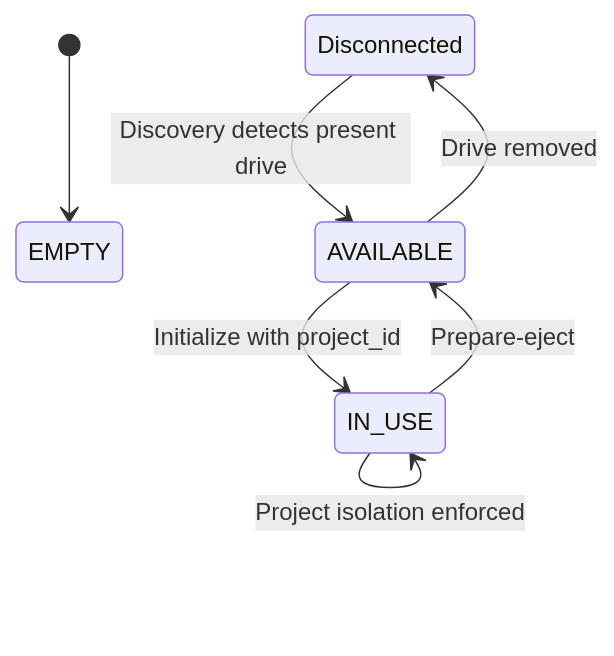
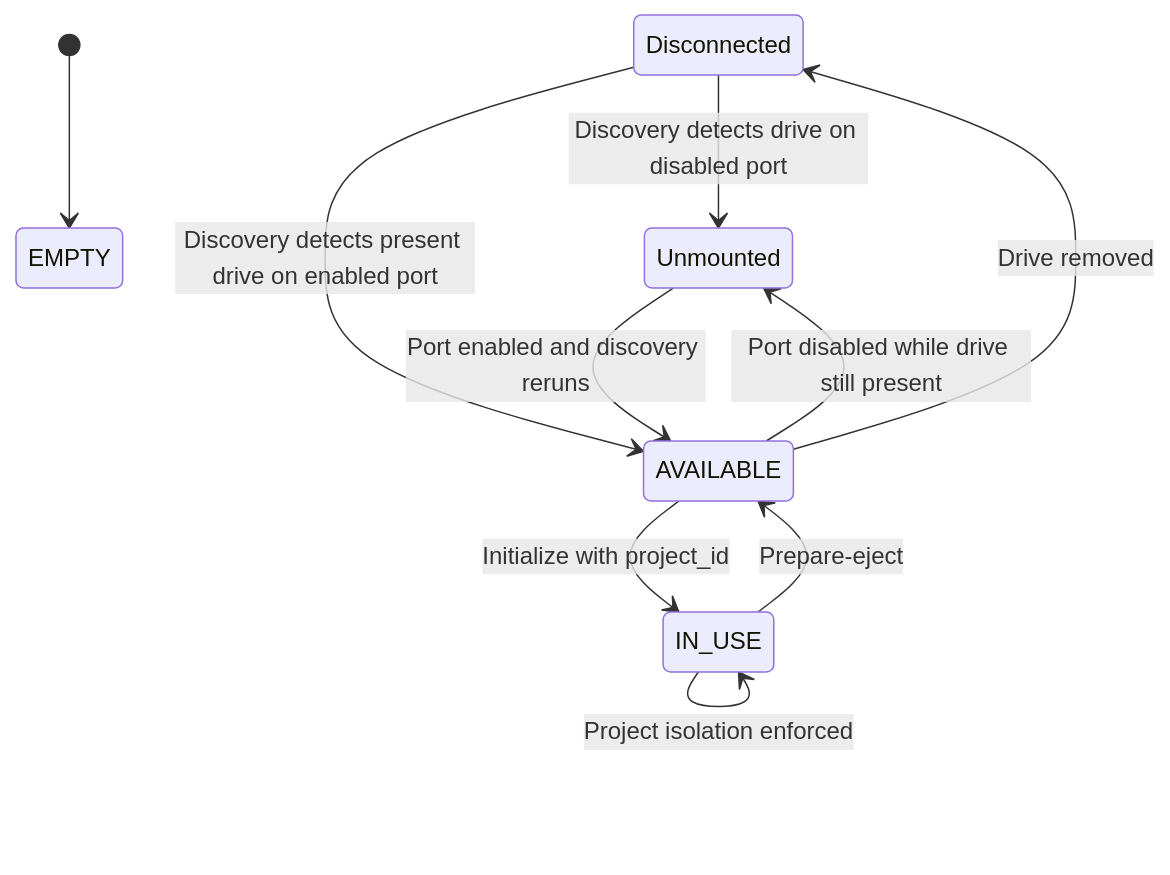
The third of 4 diagrams in docs/operations/15-dba-data-model-reference.md (t3knoid/ecube), drawn with Mermaid before and after one commit. The commit also changed other lines of this file and 15 other files, not shown here.

First line of the commit message:
Document unmounted drive lifecycle and default drive visibility

````diff
--- a/docs/operations/15-dba-data-model-reference.md
+++ b/docs/operations/15-dba-data-model-reference.md
@@ -180,11 +180,15 @@
 ```mermaid
 stateDiagram-v2
   [*] --> EMPTY
-  DISCONNECTED --> AVAILABLE: Discovery detects present drive
+  DISCONNECTED --> UNMOUNTED: Discovery detects drive on disabled port
+  DISCONNECTED --> AVAILABLE: Discovery detects present drive on enabled port
+  UNMOUNTED --> AVAILABLE: Port enabled and discovery reruns
   AVAILABLE --> IN_USE: Initialize with project_id
   IN_USE --> AVAILABLE: Prepare-eject
+  AVAILABLE --> UNMOUNTED: Port disabled while drive still present
   AVAILABLE --> DISCONNECTED: Drive removed
   IN_USE --> IN_USE: Project isolation enforced
 
   state "Disconnected" as DISCONNECTED
+  state "Unmounted" as UNMOUNTED
 ```
````
